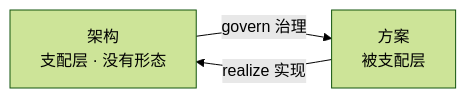
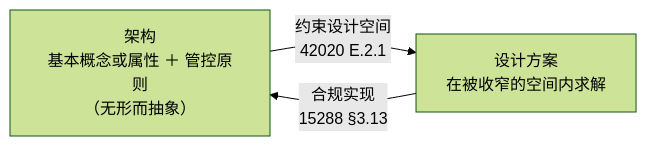
One commit to Yongjunzhou/AOS-system-design changed the second of 15 diagrams in 100-subprojects/01-系统工程研究/00-系统工程相关研究报告/24-架构与设计边界研究报告-从定义辨析到架构视角与架构视图.md. Above: the diagram before and after it, drawn with Mermaid (forest theme). The commit also changed other lines of this file and 45 other files, not shown here.

````diff
--- a/100-subprojects/01-系统工程研究/00-系统工程相关研究报告/24-架构与设计边界研究报告-从定义辨析到架构视角与架构视图.md
+++ b/100-subprojects/01-系统工程研究/00-系统工程相关研究报告/24-架构与设计边界研究报告-从定义辨析到架构视角与架构视图.md
@@ -174,5 +176,5 @@
 ```mermaid
 flowchart LR
-    AR["架构<br/>支配层 · 没有形态"] -->|"govern 治理"| SO["方案<br/>被支配层"]
-    SO -->|"realize 实现"| AR
+    AR["架构<br/>基本概念或属性 ＋ 管控原则<br/>（无形而抽象）"] -->|"约束设计空间<br/>42020 E.2.1"| SO["设计方案<br/>在被收窄的空间内求解"]
+    SO -->|"合规实现<br/>15288 §3.13"| AR
 ```
````
